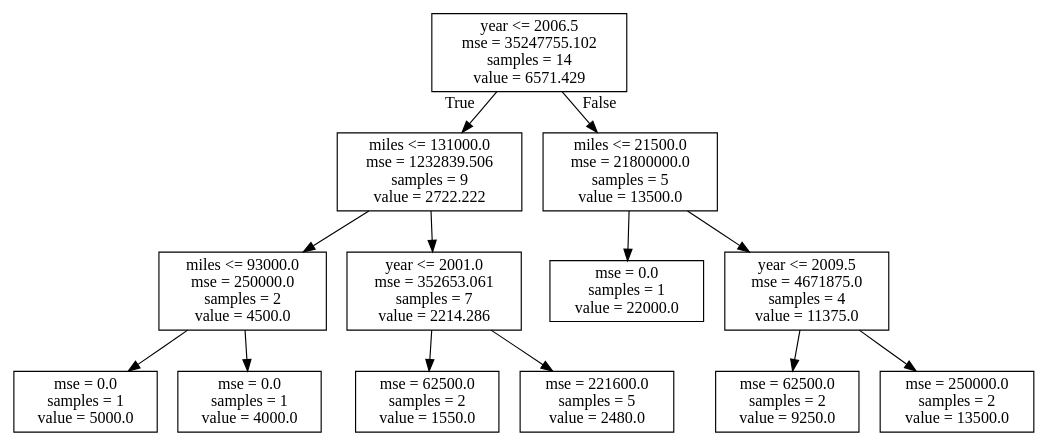
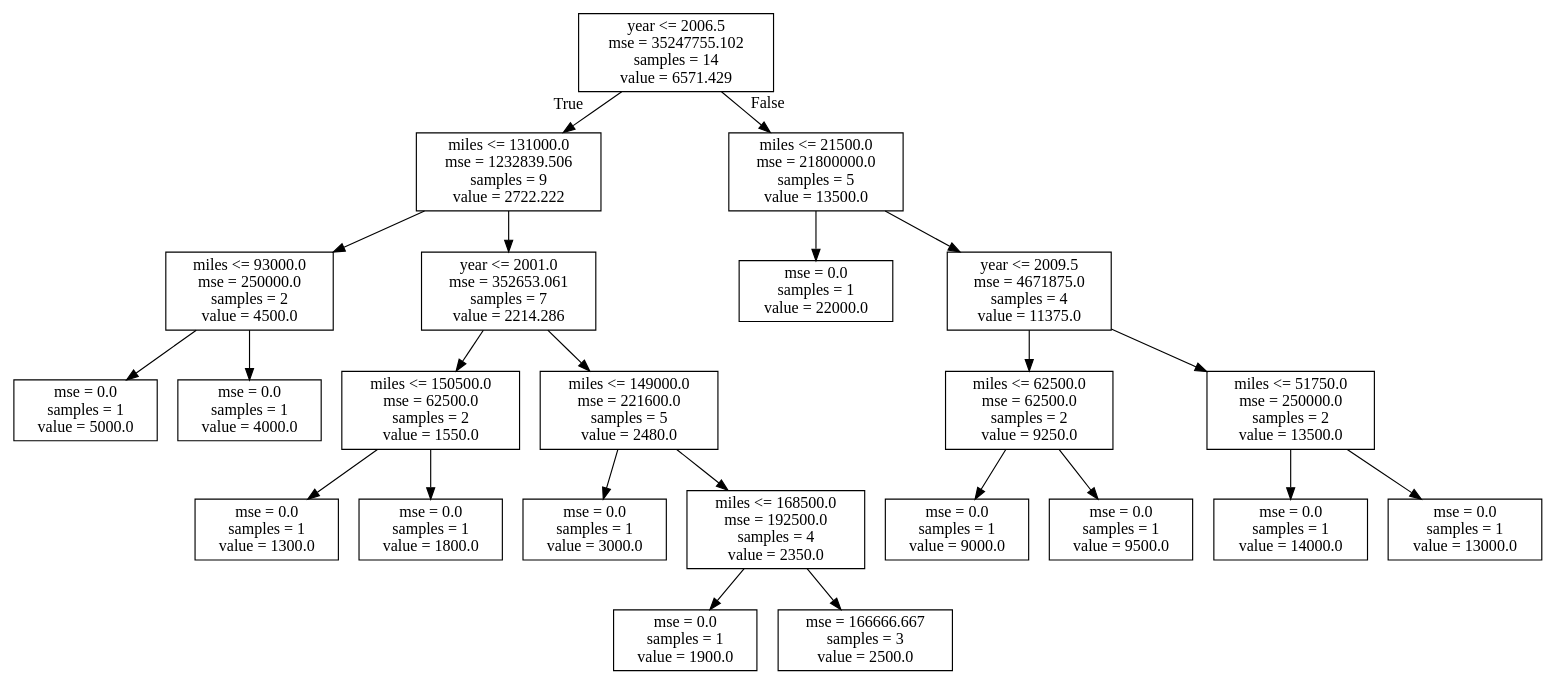
The diagram in notebooks/tree_vehicles.dot (stubeef/DS_GA_SEA), drawn with Graphviz before and after one commit. The commit also changed 3 other files, not shown here.

```diff
--- a/notebooks/tree_vehicles.dot
+++ b/notebooks/tree_vehicles.dot
@@ -1,28 +1,48 @@
 digraph Tree {
 node [shape=box] ;
 0 [label="year <= 2006.5\nmse = 35247755.102\nsamples = 14\nvalue = 6571.429"] ;
 1 [label="miles <= 131000.0\nmse = 1232839.506\nsamples = 9\nvalue = 2722.222"] ;
 0 -> 1 [labeldistance=2.5, labelangle=45, headlabel="True"] ;
 2 [label="miles <= 93000.0\nmse = 250000.0\nsamples = 2\nvalue = 4500.0"] ;
 1 -> 2 ;
 3 [label="mse = 0.0\nsamples = 1\nvalue = 5000.0"] ;
 2 -> 3 ;
 4 [label="mse = 0.0\nsamples = 1\nvalue = 4000.0"] ;
 2 -> 4 ;
 5 [label="year <= 2001.0\nmse = 352653.061\nsamples = 7\nvalue = 2214.286"] ;
 1 -> 5 ;
-6 [label="mse = 62500.0\nsamples = 2\nvalue = 1550.0"] ;
+6 [label="miles <= 150500.0\nmse = 62500.0\nsamples = 2\nvalue = 1550.0"] ;
 5 -> 6 ;
-7 [label="mse = 221600.0\nsamples = 5\nvalue = 2480.0"] ;
-5 -> 7 ;
-8 [label="miles <= 21500.0\nmse = 21800000.0\nsamples = 5\nvalue = 13500.0"] ;
-0 -> 8 [labeldistance=2.5, labelangle=-45, headlabel="False"] ;
-9 [label="mse = 0.0\nsamples = 1\nvalue = 22000.0"] ;
-8 -> 9 ;
-10 [label="year <= 2009.5\nmse = 4671875.0\nsamples = 4\nvalue = 11375.0"] ;
-8 -> 10 ;
-11 [label="mse = 62500.0\nsamples = 2\nvalue = 9250.0"] ;
-10 -> 11 ;
-12 [label="mse = 250000.0\nsamples = 2\nvalue = 13500.0"] ;
-10 -> 12 ;
+7 [label="mse = 0.0\nsamples = 1\nvalue = 1300.0"] ;
+6 -> 7 ;
+8 [label="mse = 0.0\nsamples = 1\nvalue = 1800.0"] ;
+6 -> 8 ;
+9 [label="miles <= 149000.0\nmse = 221600.0\nsamples = 5\nvalue = 2480.0"] ;
+5 -> 9 ;
+10 [label="mse = 0.0\nsamples = 1\nvalue = 3000.0"] ;
+9 -> 10 ;
+11 [label="miles <= 168500.0\nmse = 192500.0\nsamples = 4\nvalue = 2350.0"] ;
+9 -> 11 ;
+12 [label="mse = 0.0\nsamples = 1\nvalue = 1900.0"] ;
+11 -> 12 ;
+13 [label="mse = 166666.667\nsamples = 3\nvalue = 2500.0"] ;
+11 -> 13 ;
+14 [label="miles <= 21500.0\nmse = 21800000.0\nsamples = 5\nvalue = 13500.0"] ;
+0 -> 14 [labeldistance=2.5, labelangle=-45, headlabel="False"] ;
+15 [label="mse = 0.0\nsamples = 1\nvalue = 22000.0"] ;
+14 -> 15 ;
+16 [label="year <= 2009.5\nmse = 4671875.0\nsamples = 4\nvalue = 11375.0"] ;
+14 -> 16 ;
+17 [label="miles <= 62500.0\nmse = 62500.0\nsamples = 2\nvalue = 9250.0"] ;
+16 -> 17 ;
+18 [label="mse = 0.0\nsamples = 1\nvalue = 9000.0"] ;
+17 -> 18 ;
+19 [label="mse = 0.0\nsamples = 1\nvalue = 9500.0"] ;
+17 -> 19 ;
+20 [label="miles <= 51750.0\nmse = 250000.0\nsamples = 2\nvalue = 13500.0"] ;
+16 -> 20 ;
+21 [label="mse = 0.0\nsamples = 1\nvalue = 14000.0"] ;
+20 -> 21 ;
+22 [label="mse = 0.0\nsamples = 1\nvalue = 13000.0"] ;
+20 -> 22 ;
 }
```
